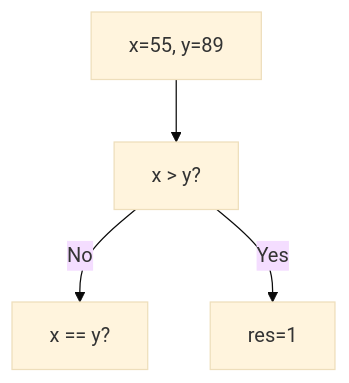
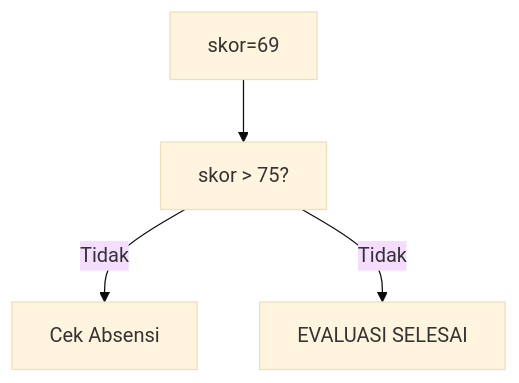
One commit to amnahwaida/OSNK_INF_PREP changed diagram 12 of 25 in part-c-pemahaman-cpp/02-percabangan/latihan/set-11.md. Above: the diagram before and after it, drawn with Mermaid (base theme). The commit also changed other lines of this file and 71 other files, not shown here.

````diff
--- a/part-c-pemahaman-cpp/02-percabangan/latihan/set-11.md
+++ b/part-c-pemahaman-cpp/02-percabangan/latihan/set-11.md
@@ -335,6 +351,6 @@
 ```mermaid
 graph TD
-A["x=55, y=89"] --> B["x > y?"]
-B -- No --> C["x == y?"]
-B -- Yes --> D[res=1]
+A["skor=69"] --> B["skor > 75?"]
+B -- Tidak --> C["Cek Absensi"]
+B -- Tidak --> D["EVALUASI SELESAI"]
 ```
````
